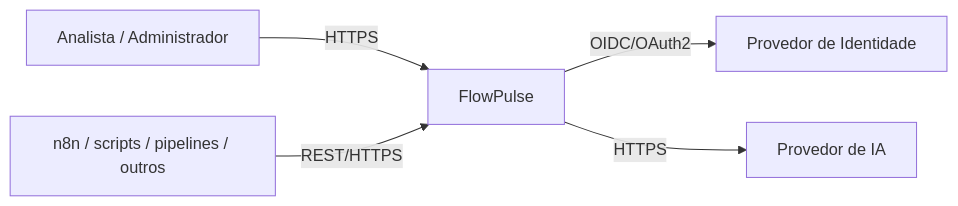
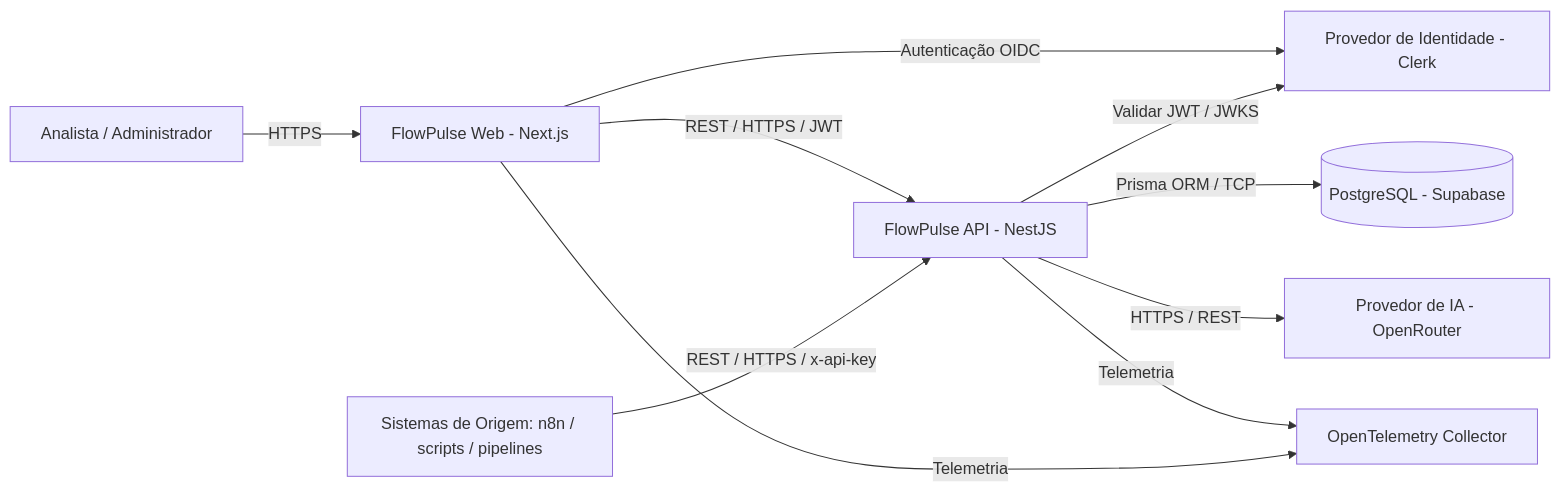
The first of 3 diagrams in docs/architecture.md (DomBarretone/flowpulse), drawn with Mermaid before and after one commit. The commit also changed other lines of this file and 5 other files, not shown here.

````diff
--- a/docs/architecture.md
+++ b/docs/architecture.md
@@ -36,13 +35,21 @@
 ```mermaid
 flowchart LR
     User[Analista / Administrador]
-    Source[n8n / scripts / pipelines / outros]
-    FP[FlowPulse]
-    IdP[Provedor de Identidade]
-    LLM[Provedor de IA]
+    Source[Sistemas de Origem: n8n / scripts / pipelines]
+    FP_Web[FlowPulse Web - Next.js]
+    FP_API[FlowPulse API - NestJS]
+    Clerk[Provedor de Identidade - Clerk]
+    Supabase[(PostgreSQL - Supabase)]
+    OpenRouter[Provedor de IA - OpenRouter]
+    OTel[OpenTelemetry Collector]
 
-    User -->|HTTPS| FP
-    Source -->|REST/HTTPS| FP
-    FP -->|OIDC/OAuth2| IdP
-    FP -->|HTTPS| LLM
+    User -->|HTTPS| FP_Web
+    FP_Web -->|Autenticação OIDC| Clerk
+    FP_Web -->|REST / HTTPS / JWT| FP_API
+    Source -->|REST / HTTPS / x-api-key| FP_API
+    FP_API -->|Validar JWT / JWKS| Clerk
+    FP_API -->|Prisma ORM / TCP| Supabase
+    FP_API -->|HTTPS / REST| OpenRouter
+    FP_API -->|Telemetria| OTel
+    FP_Web -->|Telemetria| OTel
 ```
````
